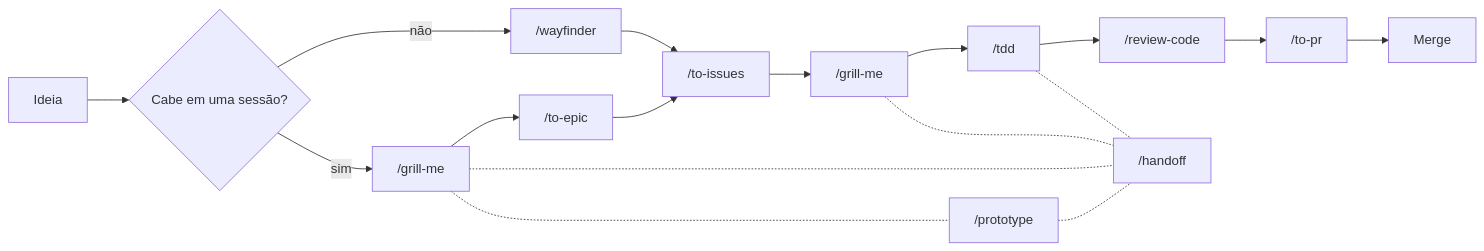
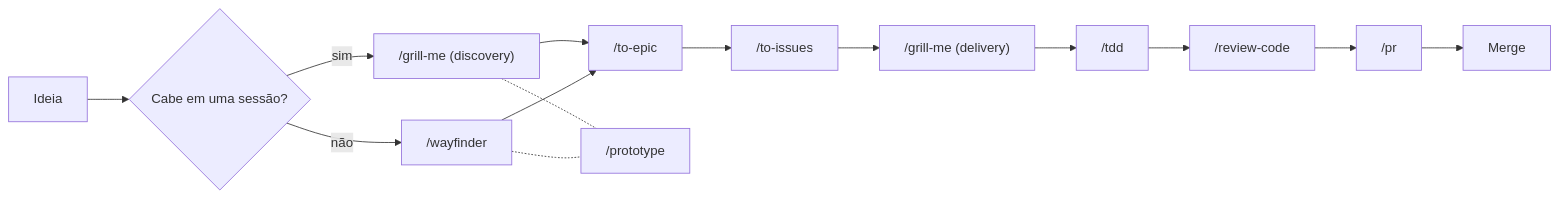
The diagram in README.md (Franco904/skills), drawn with Mermaid before and after one commit. The commit also changed other lines of this file and 31 other files, not shown here.

````diff
--- a/README.md
+++ b/README.md
@@ -55,20 +35,17 @@
 ```mermaid
 flowchart LR
     A[Ideia] --> Z{Cabe em uma sessão?}
-    Z -- sim --> B["/grill-me"]
+    Z -- sim --> B["/grill-me (discovery)"]
     Z -- não --> W["/wayfinder"]
     B --> C["/to-epic"]
     C --> D["/to-issues"]
-    W --> D
-    D --> E["/grill-me"]
+    W --> C
+    D --> E["/grill-me (delivery)"]
     E --> G["/tdd"]
     G --> I["/review-code"]
-    I --> J["/to-pr"]
+    I --> J["/pr"]
     J --> K[Merge]
 
     B -.- P["/prototype"]
-    P -.- L["/handoff"]
-    B -.- L
-    E -.- L
-    G -.- L
+    W -.- P
 ```
````
